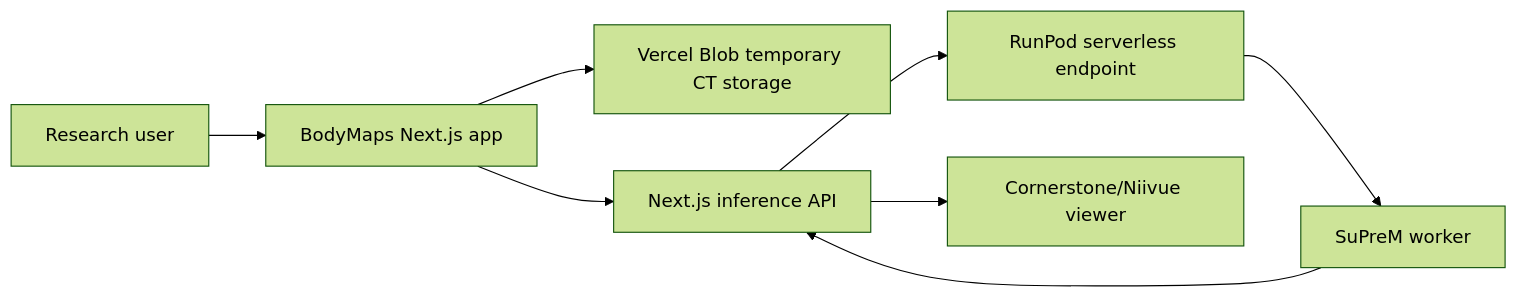
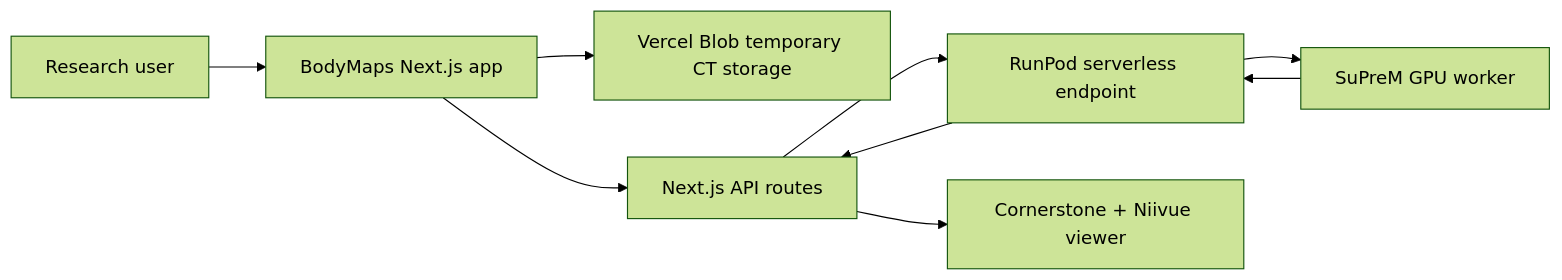
One commit to AstroHyo/BodyMaps changed the first of 2 diagrams in README.md. Above: the diagram before and after it, drawn with Mermaid (forest theme). The commit also changed other lines of this file and 22 other files, not shown here.

````diff
--- a/README.md
+++ b/README.md
@@ -7,10 +30,11 @@
 ```mermaid
 flowchart LR
   User["Research user"] --> Web["BodyMaps Next.js app"]
   Web --> Blob["Vercel Blob temporary CT storage"]
-  Web --> API["Next.js inference API"]
+  Web --> API["Next.js API routes"]
   API --> RunPod["RunPod serverless endpoint"]
-  RunPod --> Worker["SuPreM worker"]
-  Worker --> API
-  API --> Viewer["Cornerstone/Niivue viewer"]
+  RunPod --> Worker["SuPreM GPU worker"]
+  Worker --> RunPod
+  RunPod --> API
+  API --> Viewer["Cornerstone + Niivue viewer"]
 ```
````
